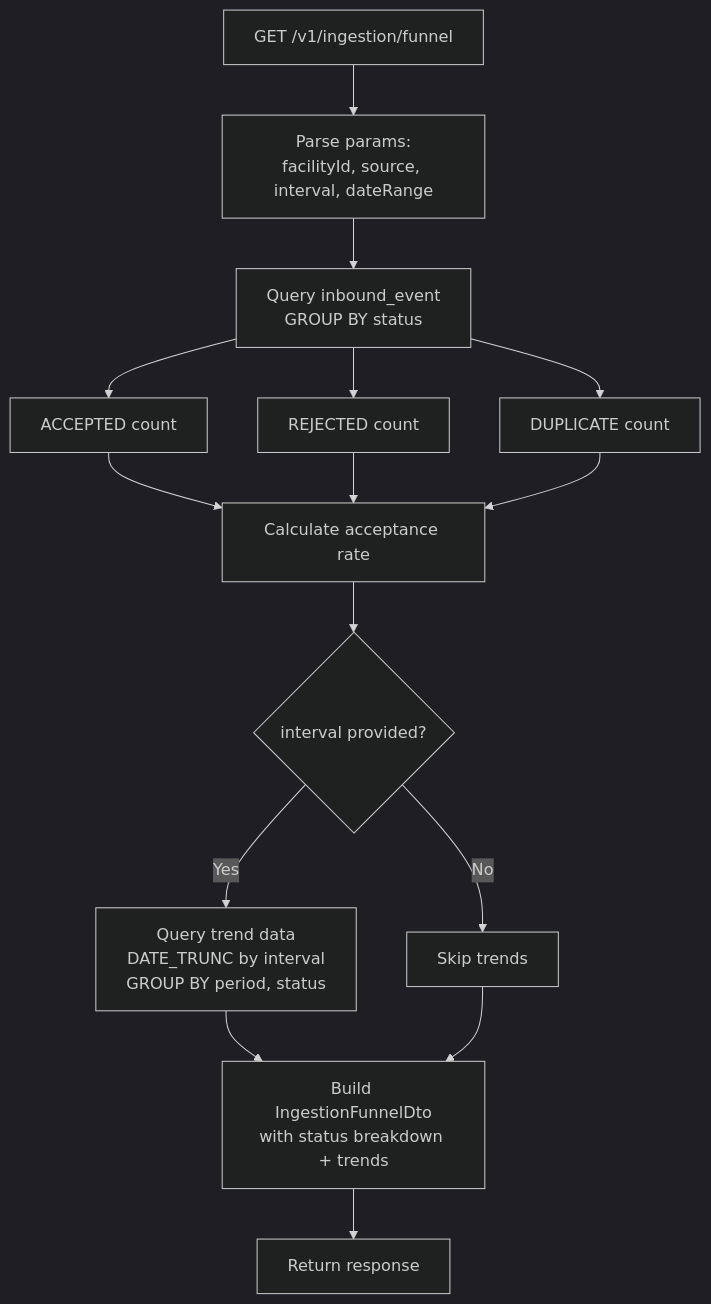
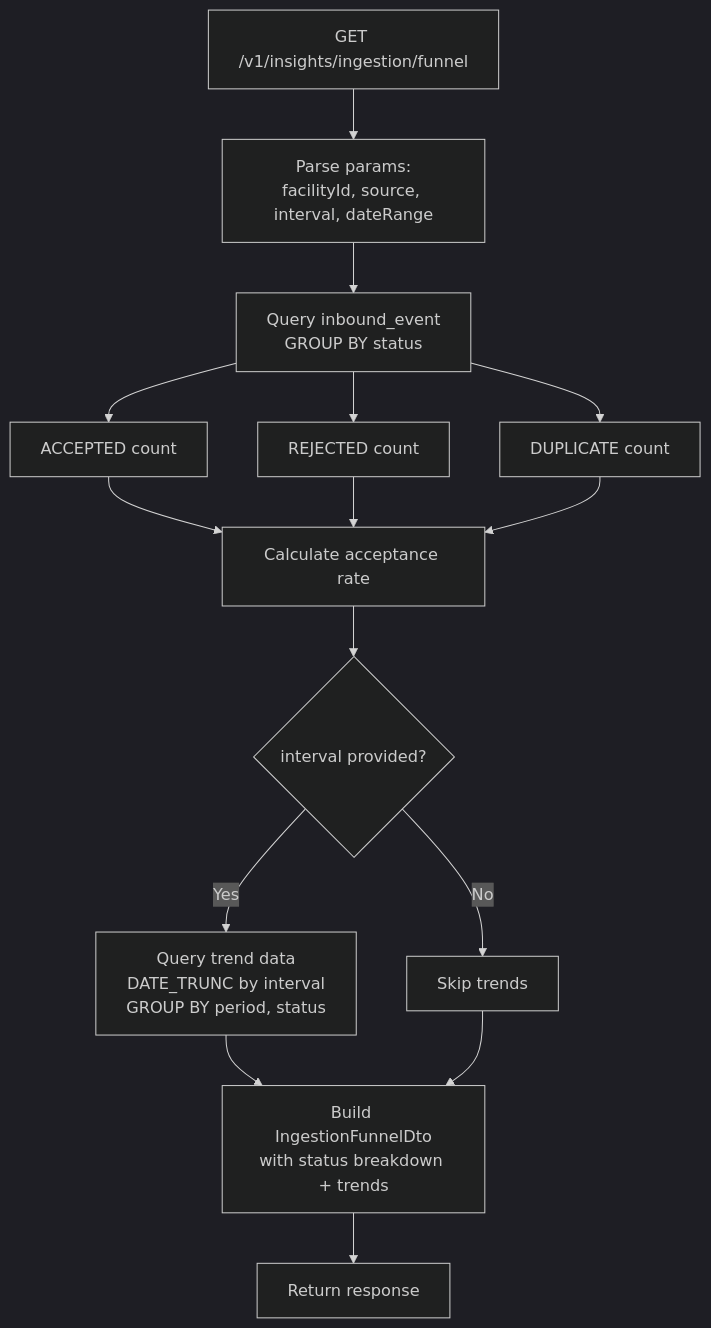
Before and after one commit to AjishaVayoli-Tarento/cce-insights-service: diagram 24 of 27 in docs/flow-diagrams.md, drawn with Mermaid (dark theme). The commit also changed other lines of this file and 27 other files, not shown here.

````diff
--- a/docs/flow-diagrams.md
+++ b/docs/flow-diagrams.md
@@ -513,21 +513,21 @@
 ```mermaid
 flowchart TD
-    A[GET /v1/ingestion/funnel] --> B[Parse params:<br/>facilityId, source, interval, dateRange]
+    A[GET /v1/insights/ingestion/funnel] --> B[Parse params:<br/>facilityId, source, interval, dateRange]
     B --> C[Query inbound_event<br/>GROUP BY status]
 
     C --> D[ACCEPTED count]
     C --> E[REJECTED count]
     C --> F[DUPLICATE count]
 
     D --> G[Calculate acceptance rate]
     E --> G
     F --> G
 
     G --> H{interval provided?}
     H -- Yes --> I[Query trend data<br/>DATE_TRUNC by interval<br/>GROUP BY period, status]
     H -- No --> J[Skip trends]
 
     I --> K[Build IngestionFunnelDto<br/>with status breakdown + trends]
     J --> K
     K --> L[Return response]
 ```
````
